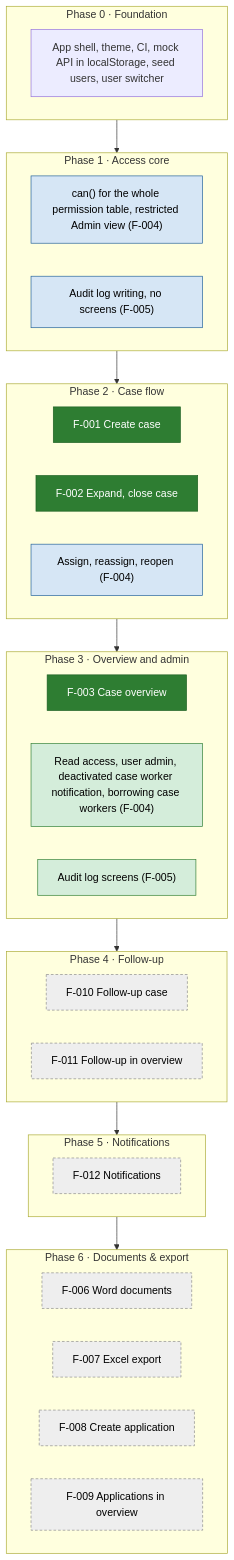
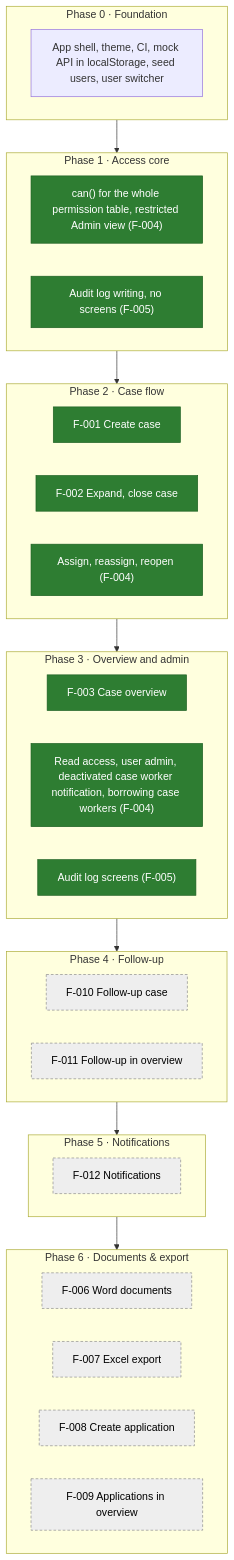
One commit to TLS97/tines-case-management-system changed the first of 2 diagrams in docs/roadmap.md. Above: the diagram before and after it, drawn with Mermaid. The commit also changed other lines of this file and 34 other files, not shown here.

````diff
--- a/docs/roadmap.md
+++ b/docs/roadmap.md
@@ -10,43 +10,41 @@
 ```mermaid
 flowchart TD
   subgraph P0["Phase 0 · Foundation"]
     F0[App shell, theme, CI, mock API in localStorage, seed users, user switcher]
   end
   subgraph P1["Phase 1 · Access core"]
     P1a["can() for the whole permission table, restricted Admin view (F-004)"]
     P1b["Audit log writing, no screens (F-005)"]
   end
   subgraph P2["Phase 2 · Case flow"]
     F001[F-001 Create case]
     F002["F-002 Expand, close case"]
     P2a["Assign, reassign, reopen (F-004)"]
   end
   subgraph P3["Phase 3 · Overview and admin"]
     F003[F-003 Case overview]
     P3a["Read access, user admin, deactivated case worker notification, borrowing case workers (F-004)"]
     P3b["Audit log screens (F-005)"]
   end
   subgraph P4["Phase 4 · Follow-up"]
     F010[F-010 Follow-up case]
     F011[F-011 Follow-up in overview]
   end
   subgraph P5["Phase 5 · Notifications"]
     F012[F-012 Notifications]
   end
   subgraph P6["Phase 6 · Documents & export"]
     F006[F-006 Word documents]
     F007[F-007 Excel export]
     F008[F-008 Create application]
     F009[F-009 Applications in overview]
   end
   P0 --> P1 --> P2 --> P3 --> P4 --> P5 --> P6
 
   classDef approved fill:#d4edda,stroke:#2e7d32,color:#000
   classDef draft fill:#eeeeee,stroke:#888,stroke-dasharray:4 3,color:#000
   classDef inprogress fill:#d6e6f5,stroke:#1f5f99,color:#000
   classDef done fill:#2e7d32,stroke:#1b5e20,color:#fff
-  class P3a,P3b approved
-  class P1a,P1b,P2a inprogress
-  class F001,F002,F003 done
+  class F001,F002,F003,P1a,P1b,P2a,P3a,P3b done
   class F006,F007,F008,F009,F010,F011,F012 draft
 ```
````
